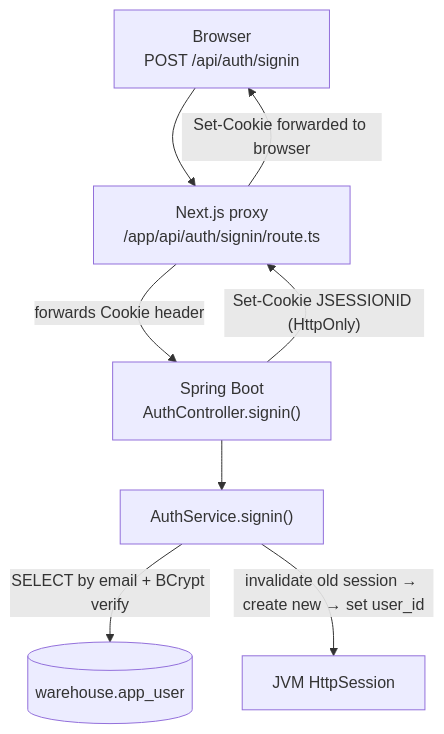
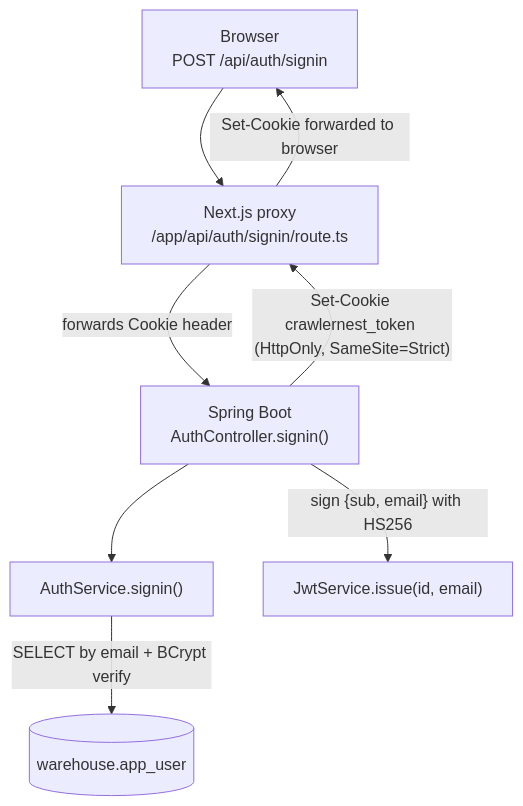
One commit to heinricitorgau/CrawlerNest changed the sixth of 9 diagrams in docs/DATA_FLOW.md. Above: the diagram before and after it, drawn with Mermaid. The commit also changed other lines of this file and 26 other files, not shown here.

````diff
--- a/docs/DATA_FLOW.md
+++ b/docs/DATA_FLOW.md
@@ -209,17 +209,17 @@
 ```mermaid
 flowchart TB
     browser["Browser<br/>POST /api/auth/signin"]
     proxy["Next.js proxy<br/>/app/api/auth/signin/route.ts"]
     spring["Spring Boot<br/>AuthController.signin()"]
     authservice["AuthService.signin()"]
     pg[("warehouse.app_user")]
-    session["JVM HttpSession"]
+    jwt["JwtService.issue(id, email)"]
 
     browser --> proxy
     proxy -- "forwards Cookie header" --> spring
     spring --> authservice
     authservice -- "SELECT by email + BCrypt verify" --> pg
-    authservice -- "invalidate old session → create new → set user_id" --> session
-    spring -- "Set-Cookie JSESSIONID (HttpOnly)" --> proxy
+    spring -- "sign {sub, email} with HS256" --> jwt
+    spring -- "Set-Cookie crawlernest_token (HttpOnly, SameSite=Strict)" --> proxy
     proxy -- "Set-Cookie forwarded to browser" --> browser
 ```
````
